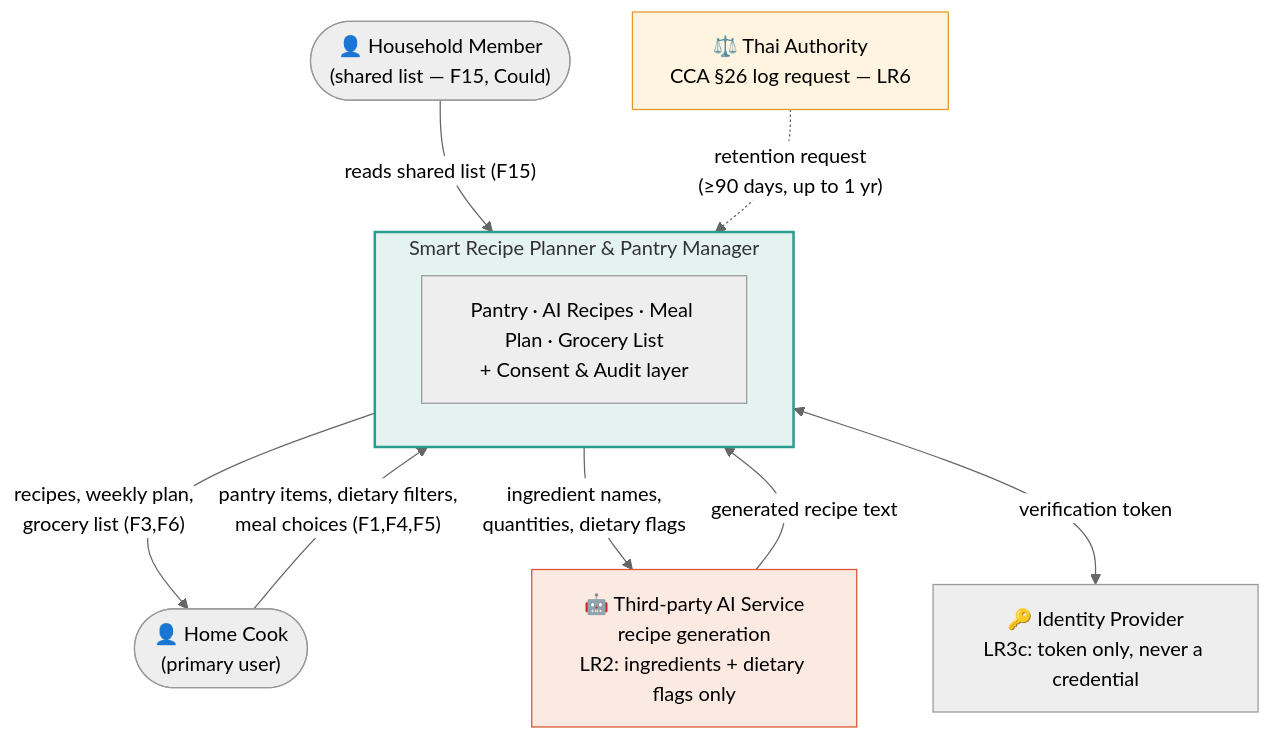
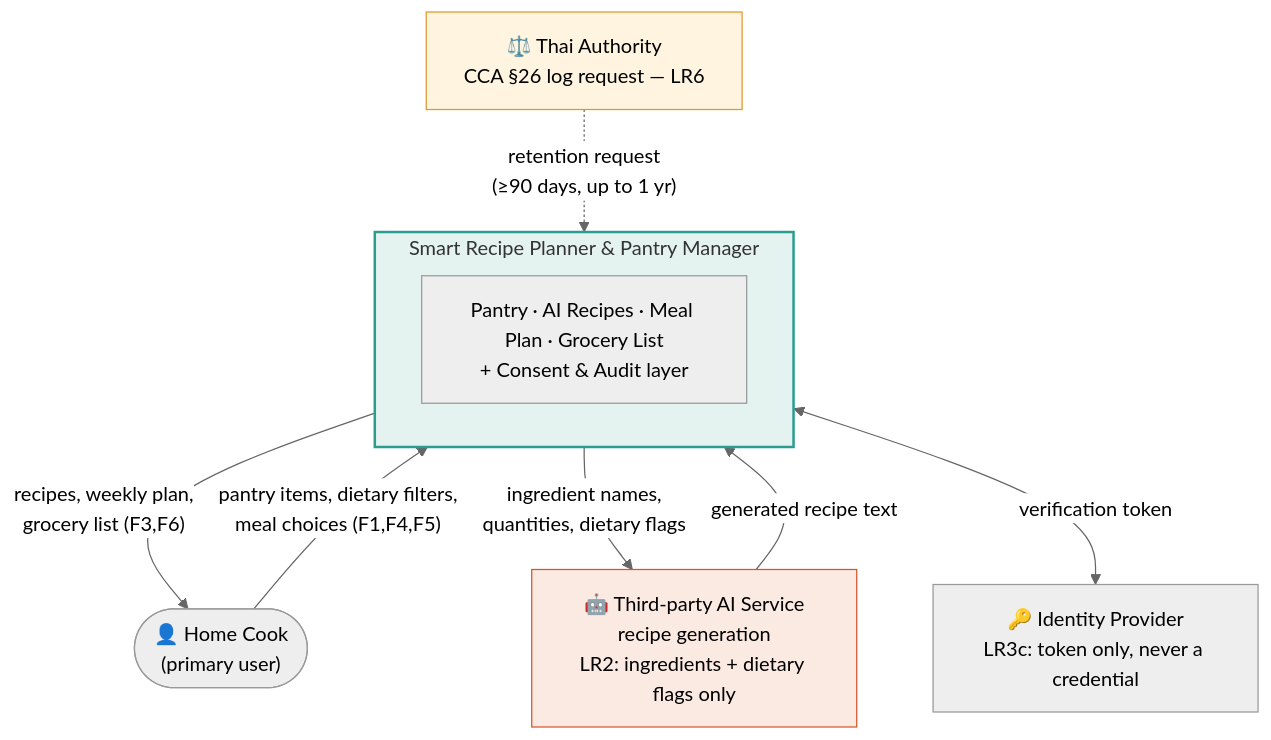
The diagram in .docs/02-design/04-diagrams/01-context.md (eaindraysupan1005/smart-recipe-planner), drawn with Mermaid (neutral theme) before and after one commit. The commit also changed 9 other files, not shown here.

````diff
--- a/.docs/02-design/04-diagrams/01-context.md
+++ b/.docs/02-design/04-diagrams/01-context.md
@@ -6,26 +6,24 @@
 ```mermaid
 flowchart TB
     cook(["👤 Home Cook<br/>(primary user)"])
-    member(["👤 Household Member<br/>(shared list — F15, Could)"])
 
     subgraph SYS["Smart Recipe Planner & Pantry Manager"]
         core["Pantry · AI Recipes · Meal Plan · Grocery List<br/>+ Consent & Audit layer"]
     end
 
     ai["🤖 Third-party AI Service<br/>recipe generation<br/>LR2: ingredients + dietary flags only"]
     auth["🔑 Identity Provider<br/>LR3c: token only, never a credential"]
     authority["⚖️ Thai Authority<br/>CCA §26 log request — LR6"]
 
     cook -->|"pantry items, dietary filters,<br/>meal choices (F1,F4,F5)"| SYS
     SYS -->|"recipes, weekly plan,<br/>grocery list (F3,F6)"| cook
-    member -->|"reads shared list (F15)"| SYS
 
     SYS -->|"ingredient names,<br/>quantities, dietary flags"| ai
     ai -->|"generated recipe text"| SYS
     SYS <-->|"verification token"| auth
     authority -.->|"retention request<br/>(≥90 days, up to 1 yr)"| SYS
 
     style SYS fill:#E4F2F0,stroke:#2A9D8F,stroke-width:2px
     style ai fill:#FBEAE2,stroke:#D9542B
     style authority fill:#FFF4E0,stroke:#E1972B
 ```
````
